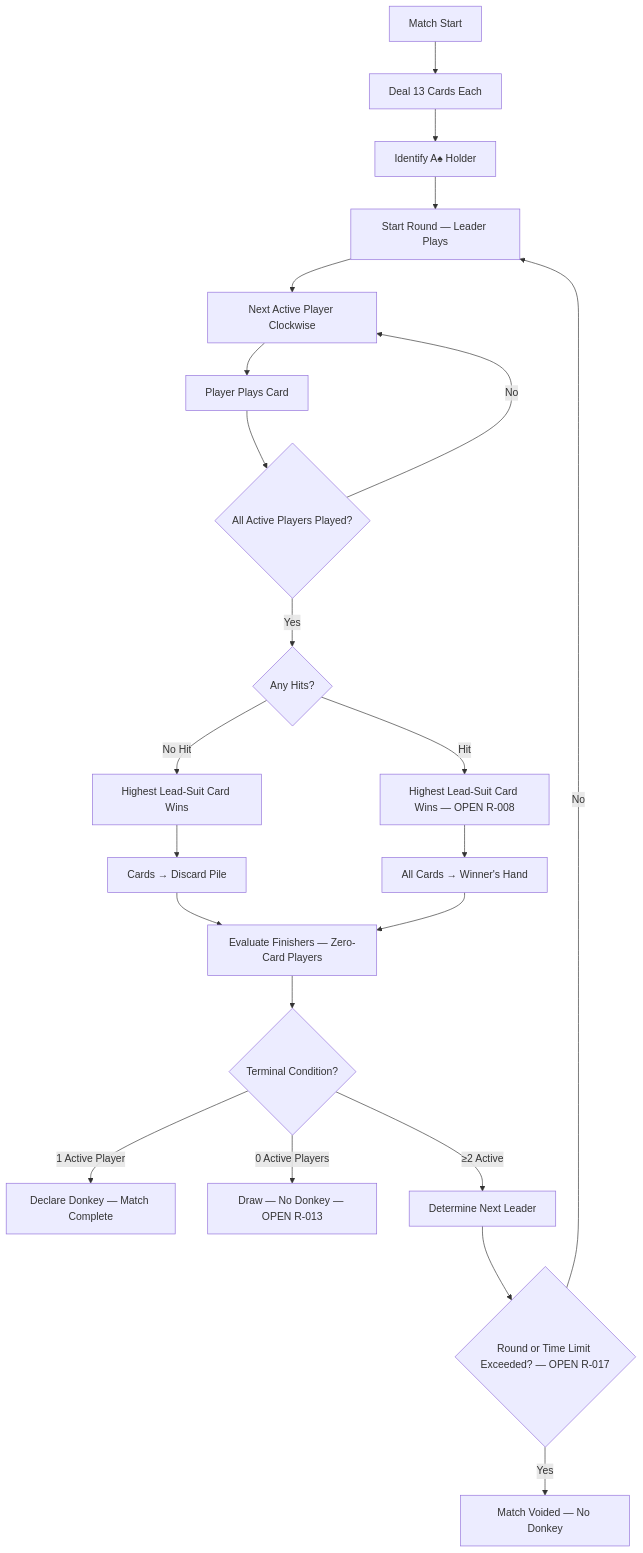
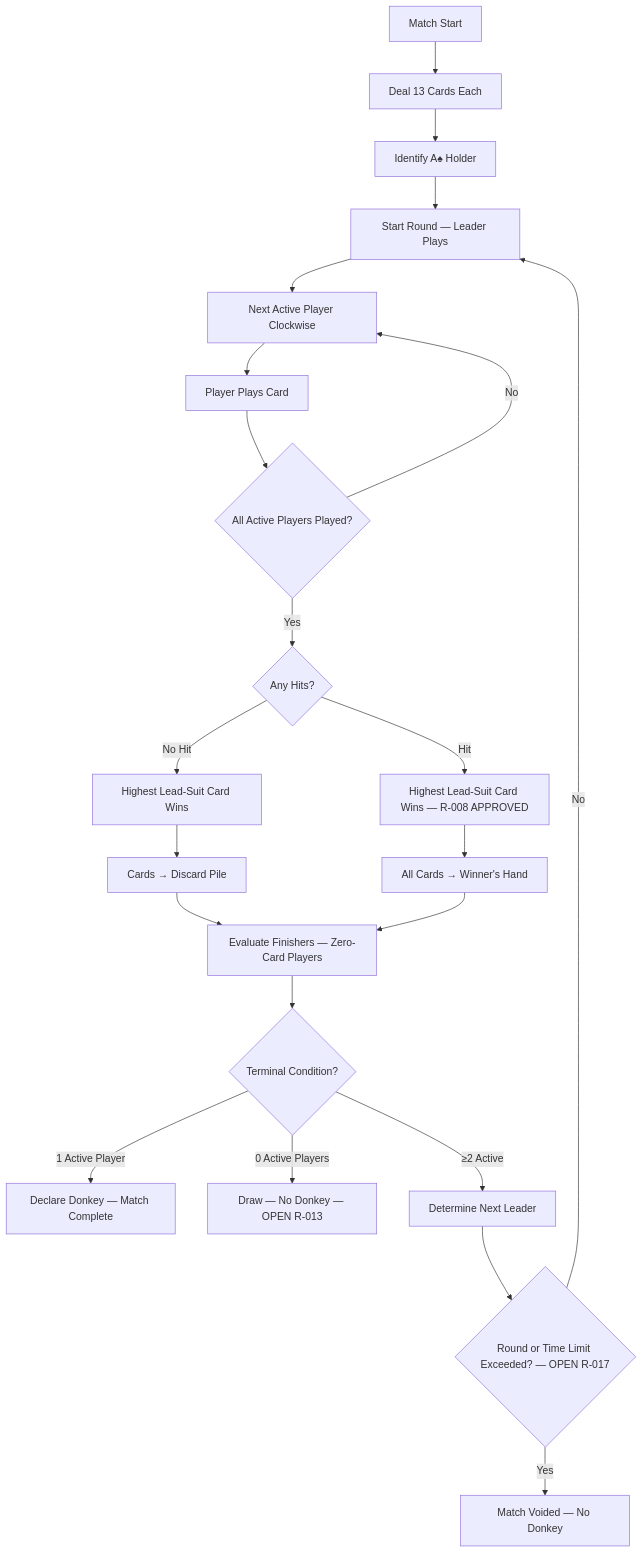
One commit to vishnumkumar/donkey-multiplayer changed the diagram in docs/03-canonical-ruleset-v1-draft.md. Above: the diagram before and after it, drawn with Mermaid. The commit also changed other lines of this file and 8 other files, not shown here.

````diff
--- a/docs/03-canonical-ruleset-v1-draft.md
+++ b/docs/03-canonical-ruleset-v1-draft.md
@@ -609,31 +616,31 @@
 ```mermaid
 flowchart TD
     START[Match Start] --> DEAL[Deal 13 Cards Each]
     DEAL --> FIND_AS[Identify A♠ Holder]
     FIND_AS --> ROUND_START[Start Round — Leader Plays]
     
     ROUND_START --> NEXT_PLAYER[Next Active Player Clockwise]
     NEXT_PLAYER --> PLAY[Player Plays Card]
     PLAY --> CHECK_COMPLETE{All Active Players Played?}
     CHECK_COMPLETE -->|No| NEXT_PLAYER
     CHECK_COMPLETE -->|Yes| RESOLVE{Any Hits?}
     
     RESOLVE -->|No Hit| NO_HIT[Highest Lead-Suit Card Wins]
     NO_HIT --> DISCARD[Cards → Discard Pile]
     
-    RESOLVE -->|Hit| HIT_WIN[Highest Lead-Suit Card Wins — OPEN R-008]
+    RESOLVE -->|Hit| HIT_WIN[Highest Lead-Suit Card Wins — R-008 APPROVED]
     HIT_WIN --> COLLECT[All Cards → Winner's Hand]
     
     DISCARD --> EVAL_FINISH[Evaluate Finishers — Zero-Card Players]
     COLLECT --> EVAL_FINISH
     
     EVAL_FINISH --> CHECK_TERMINAL{Terminal Condition?}
     
     CHECK_TERMINAL -->|1 Active Player| DONKEY[Declare Donkey — Match Complete]
     CHECK_TERMINAL -->|0 Active Players| DRAW[Draw — No Donkey — OPEN R-013]
     CHECK_TERMINAL -->|≥2 Active| NEXT_LEADER[Determine Next Leader]
     
     NEXT_LEADER --> WATCHDOG{Round or Time Limit Exceeded? — OPEN R-017}
     WATCHDOG -->|Yes| VOID[Match Voided — No Donkey]
     WATCHDOG -->|No| ROUND_START
 ```
````
